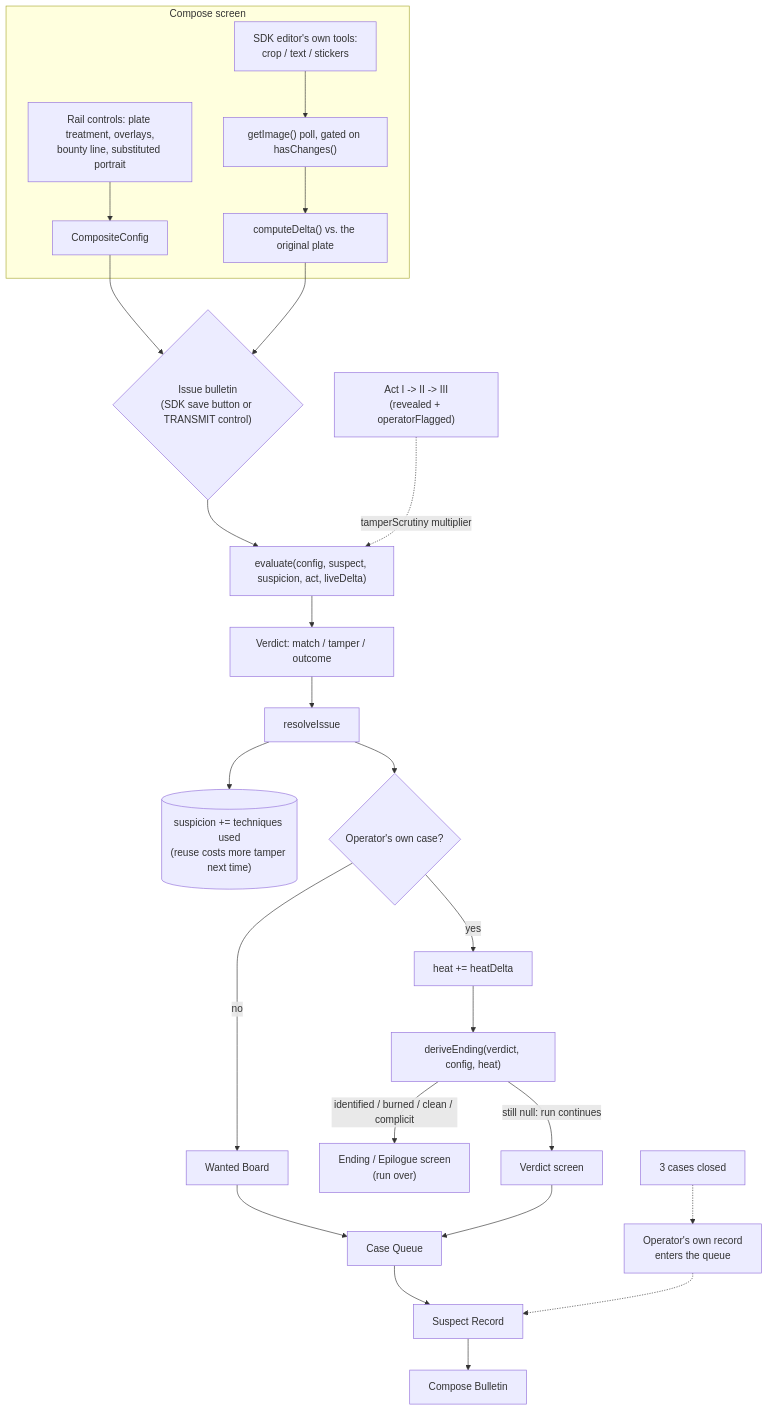
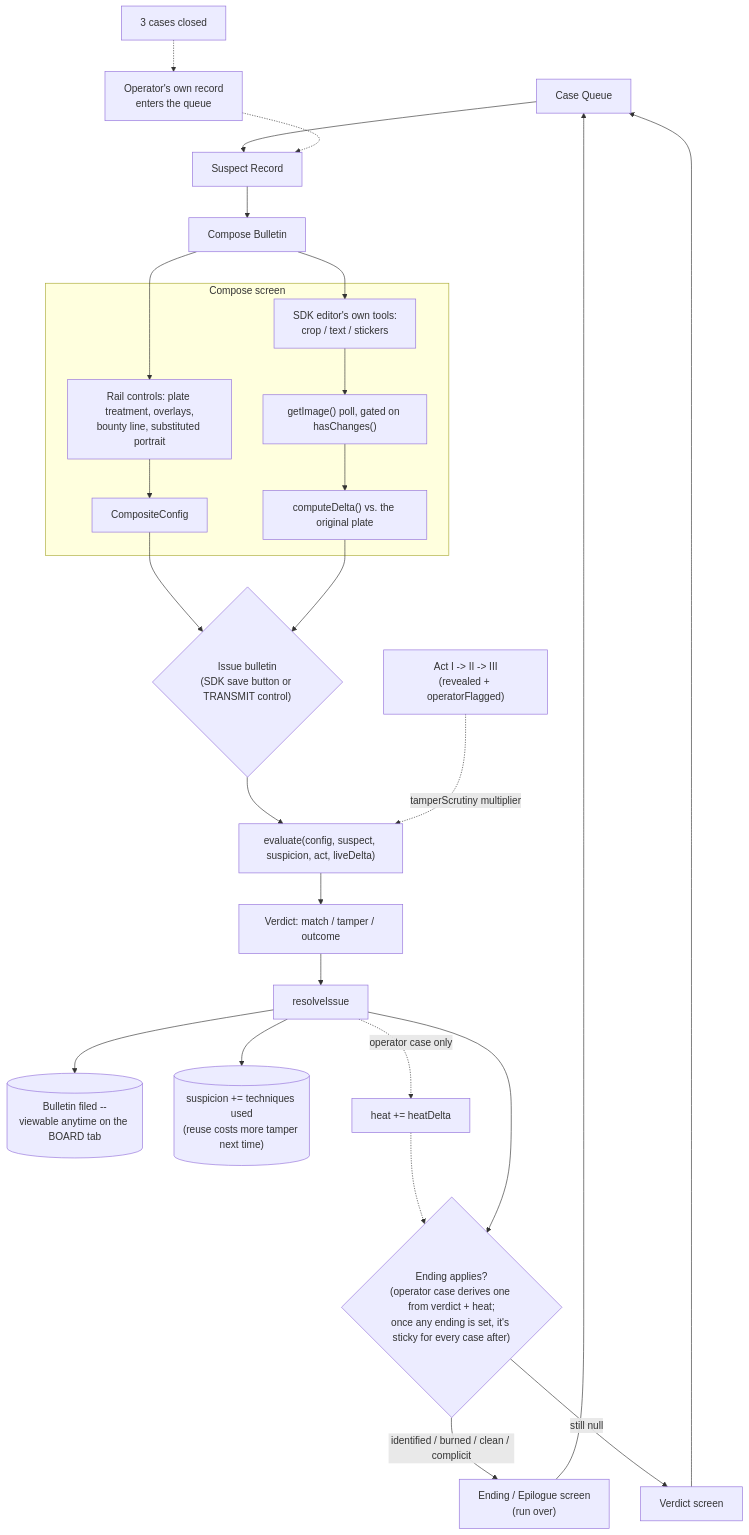
One commit to camtonguyen/bolo changed the diagram in README.md. Above: the diagram before and after it, drawn with Mermaid.

Commit message:
docs: fix the game-logic diagram (missed by the #10 merge) (#11)
* docs: correct the scoring claim and add a game-logic diagram

"No image analysis runs anywhere" stopped being true once the forensic-diff
poll shipped -- the SDK editor's own tools are invisible to CompositeConfig,
so a live pixel-diff against the original plate is the only way to see what
they did. Update the loop description to say so, mention the TRANSMIT
BULLETIN control and ALTERATION readout, and add a mermaid diagram of the
compose -> evaluate -> resolveIssue -> ending pipeline grounded in the
actual functions (recognition.ts, issue.ts, ending.ts, technique.ts, act.ts).

* fix: correct two errors in the game-logic diagram

Checked it against issue.ts and found it didn't match: "Compose" had no
outgoing edge into the subgraph (a dangling arrow), and non-operator cases
were wired straight to the Wanted Board as if that were resolveIssue's
outcome. Board is a nav tab reachable anytime, not a routing target, and a
sticky ending applies to every case afterward, not just operator ones.

````diff
--- a/README.md
+++ b/README.md
@@ -41,28 +41,30 @@
 ```mermaid
 flowchart TD
     Queue[Case Queue] --> Record[Suspect Record]
     Record --> Compose[Compose Bulletin]
+    Compose --> Rail
+    Compose --> SDKTools
 
     subgraph inEditor [Compose screen]
         Rail["Rail controls: plate treatment, overlays,<br/>bounty line, substituted portrait"] --> Config[CompositeConfig]
         SDKTools["SDK editor's own tools:<br/>crop / text / stickers"] --> Poll["getImage() poll, gated on hasChanges()"]
         Poll --> Delta["computeDelta() vs. the original plate"]
     end
 
     Config --> Issue{"Issue bulletin<br/>(SDK save button or TRANSMIT control)"}
     Delta --> Issue
     Issue --> Evaluate["evaluate(config, suspect, suspicion, act, liveDelta)"]
     Evaluate --> Verdict["Verdict: match / tamper / outcome"]
     Verdict --> Resolve[resolveIssue]
 
+    Resolve --> Board[("Bulletin filed --<br/>viewable anytime on the BOARD tab")]
     Resolve --> Suspicion[("suspicion += techniques used<br/>(reuse costs more tamper next time)")]
-    Resolve --> IsOperator{"Operator's own case?"}
-    IsOperator -->|no| Board[Wanted Board] --> Queue
-    IsOperator -->|yes| Heat["heat += heatDelta"] --> Ending["deriveEnding(verdict, config, heat)"]
+    Resolve -.->|"operator case only"| Heat["heat += heatDelta"] -.-> Ending
+    Resolve --> Ending{"Ending applies?<br/>(operator case derives one from verdict + heat;<br/>once any ending is set, it's sticky for every case after)"}
 
-    Ending -->|"identified / burned / clean / complicit"| EndScreen["Ending / Epilogue screen<br/>(run over)"]
-    Ending -->|"still null: run continues"| VerdictScreen[Verdict screen] --> Queue
+    Ending -->|"identified / burned / clean / complicit"| EndScreen["Ending / Epilogue screen<br/>(run over)"] --> Queue
+    Ending -->|"still null"| VerdictScreen[Verdict screen] --> Queue
 
     ThreeCases["3 cases closed"] -.-> Turn["Operator's own record<br/>enters the queue"] -.-> Record
     Act["Act I -> II -> III<br/>(revealed + operatorFlagged)"] -.->|"tamperScrutiny multiplier"| Evaluate
 ```
````
